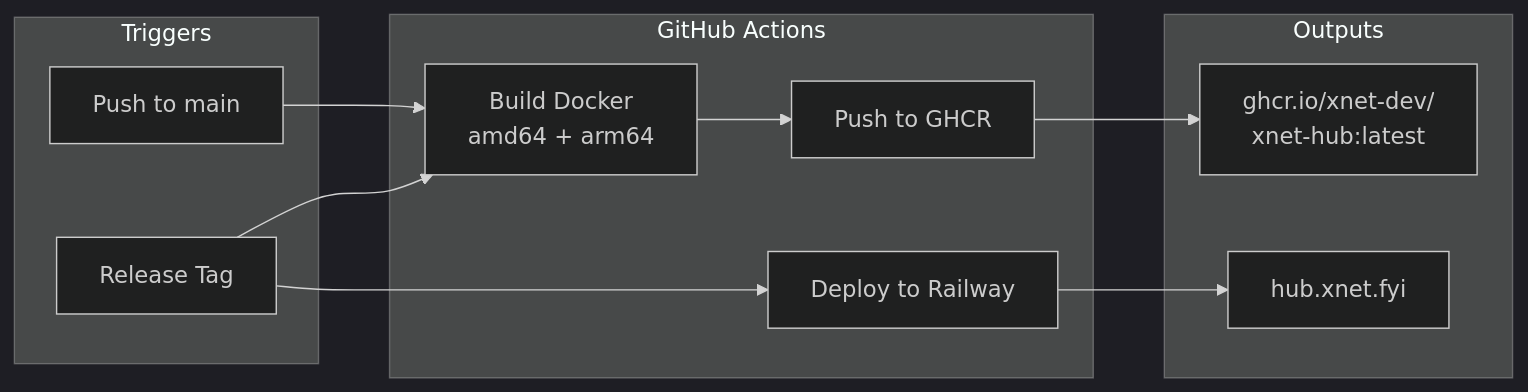
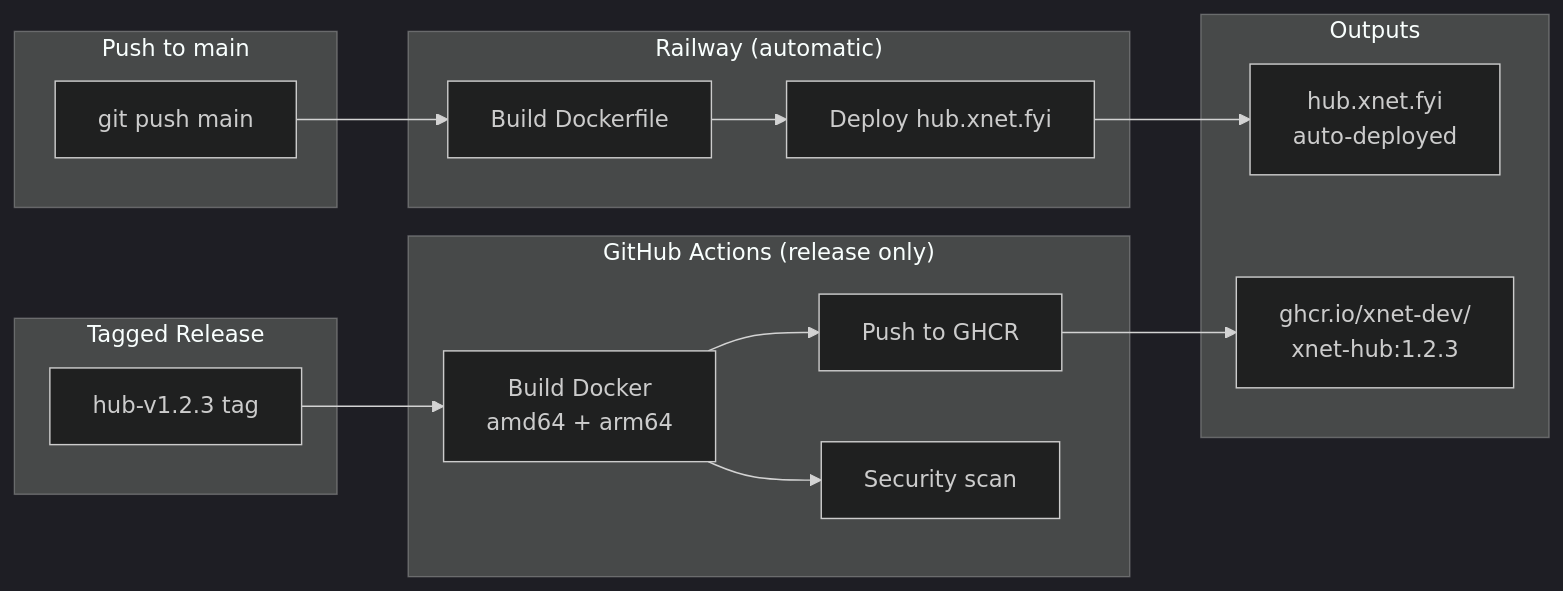
Before and after one commit to crs48/xNet: the diagram in docs/planStep03_91OnboardingAndPolish/09-hub-cd.md, drawn with Mermaid (dark theme). The commit also changed other lines of this file and 1 other file, not shown here.

First line of the commit message:
docs: simplify Hub CD to Railway auto-deploy, remove GH Actions deploy job

````diff
--- a/docs/planStep03_91OnboardingAndPolish/09-hub-cd.md
+++ b/docs/planStep03_91OnboardingAndPolish/09-hub-cd.md
@@ -12,25 +14,35 @@
 ```mermaid
 flowchart LR
-    subgraph "Triggers"
-        PUSH[Push to main]
-        TAG[Release Tag]
+    subgraph "Push to main"
+        PUSH[git push main]
     end
 
-    subgraph "GitHub Actions"
+    subgraph "Railway (automatic)"
+        RW_BUILD[Build Dockerfile]
+        RW_DEPLOY[Deploy hub.xnet.fyi]
+    end
+
+    subgraph "Tagged Release"
+        TAG[hub-v1.2.3 tag]
+    end
+
+    subgraph "GitHub Actions (release only)"
         BUILD[Build Docker<br/>amd64 + arm64]
         PUSH_GHCR[Push to GHCR]
-        DEPLOY[Deploy to Railway]
+        SCAN[Security scan]
     end
 
     subgraph "Outputs"
-        GHCR[ghcr.io/xnet-dev/<br/>xnet-hub:latest]
-        RAILWAY[hub.xnet.fyi]
+        DEMO[hub.xnet.fyi<br/>auto-deployed]
+        GHCR[ghcr.io/xnet-dev/<br/>xnet-hub:1.2.3]
     end
 
-    PUSH --> BUILD
+    PUSH --> RW_BUILD
+    RW_BUILD --> RW_DEPLOY
+    RW_DEPLOY --> DEMO
+
     TAG --> BUILD
     BUILD --> PUSH_GHCR
+    BUILD --> SCAN
     PUSH_GHCR --> GHCR
-    TAG --> DEPLOY
-    DEPLOY --> RAILWAY
 ```
````
